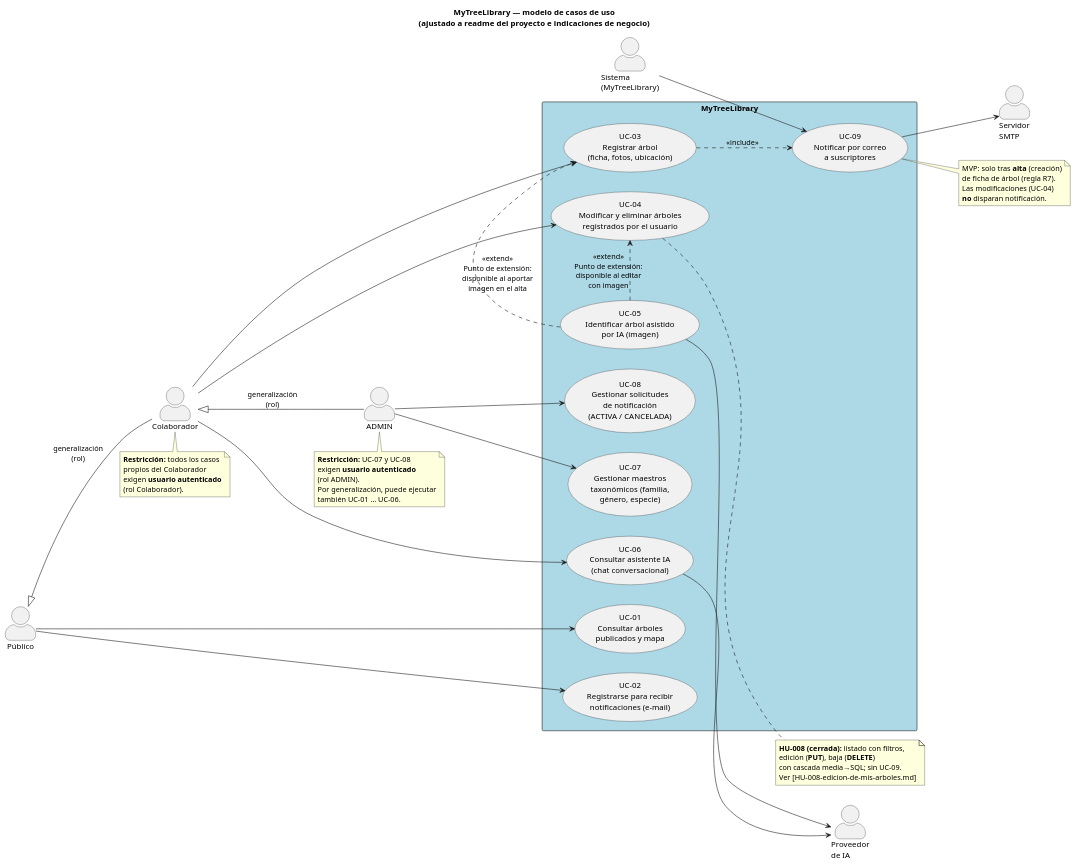
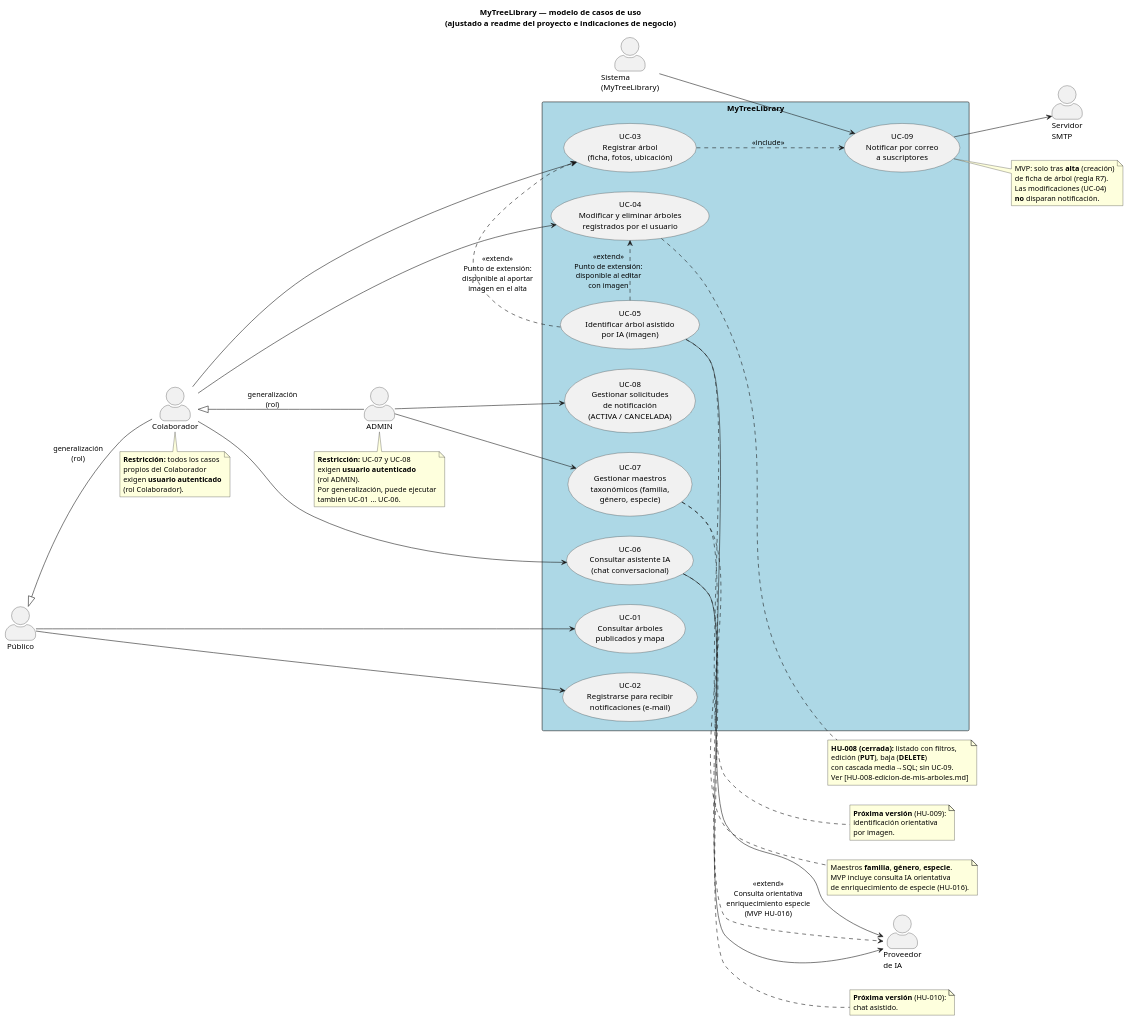
The diagram in docs/use-cases/use-case-model.puml (ldefrutos1/AI4Devs-finalproject), drawn with PlantUML before and after one commit. The commit also changed 5 other files, not shown here.

```diff
--- a/docs/use-cases/use-case-model.puml
+++ b/docs/use-cases/use-case-model.puml
@@ -1,88 +1,107 @@
 @startuml modelo_casos_uso_mtl
 title MyTreeLibrary — modelo de casos de uso\n(ajustado a readme del proyecto e indicaciones de negocio)
 
 skinparam packageStyle rectangle
 skinparam actorStyle awesome
 left to right direction
 
 actor "Público" as Publico
 actor "Colaborador" as Colaborador
 actor "ADMIN" as Admin
 actor "Sistema\n(MyTreeLibrary)" as Sistema
 actor "Proveedor\nde IA" as ProvIA
 actor "Servidor\nSMTP" as SMTP
 
 Publico <|-- Colaborador : generalización\n(rol)
 Colaborador <|-- Admin : generalización\n(rol)
 
 rectangle "MyTreeLibrary" #LightBlue {
   usecase "UC-01\nConsultar árboles\npublicados y mapa" as UC1
   usecase "UC-02\nRegistrarse para recibir\nnotificaciones (e-mail)" as UC2
 
   usecase "UC-03\nRegistrar árbol\n(ficha, fotos, ubicación)" as UC3
   usecase "UC-04\nModificar y eliminar árboles\nregistrados por el usuario" as UC4
   usecase "UC-05\nIdentificar árbol asistido\npor IA (imagen)" as UC5
 
   usecase "UC-06\nConsultar asistente IA\n(chat conversacional)" as UC6
 
   usecase "UC-07\nGestionar maestros\ntaxonómicos (familia,\ngénero, especie)" as UC7
   usecase "UC-08\nGestionar solicitudes\nde notificación\n(ACTIVA / CANCELADA)" as UC8
 
   usecase "UC-09\nNotificar por correo\na suscriptores" as UC9
 }
 
 ' --- Público (sin autenticación) ---
 Publico --> UC1
 Publico --> UC2
 
 ' --- Colaborador (requiere autenticación; hereda Público) ---
 Colaborador --> UC3
 Colaborador --> UC4
 Colaborador --> UC6
 
 UC5 .> UC3 : <<extend>>\nPunto de extensión:\ndisponible al aportar\nimagen en el alta
 UC5 .> UC4 : <<extend>>\nPunto de extensión:\ndisponible al editar\ncon imagen
 
 note right of UC4
   **HU-008 (cerrada):** listado con filtros,
   edición (**PUT**), baja (**DELETE**)
   con cascada media→SQL; sin UC-09.
   Ver [HU-008-edicion-de-mis-arboles.md]
 end note
 
 ' --- ADMIN (requiere autenticación; hereda Colaborador) ---
 Admin --> UC7
 Admin --> UC8
 
+UC7 ..> ProvIA : <<extend>>\nConsulta orientativa\nenriquecimiento especie\n(MVP HU-016)
+
+note right of UC7
+  Maestros **familia**, **género**, **especie**.
+  MVP incluye consulta IA orientativa
+  de enriquecimiento de especie (HU-016).
+end note
+
 note bottom of Colaborador
   **Restricción:** todos los casos
   propios del Colaborador
   exigen **usuario autenticado**
   (rol Colaborador).
 end note
 
 note bottom of Admin
   **Restricción:** UC-07 y UC-08
   exigen **usuario autenticado**
   (rol ADMIN).
   Por generalización, puede ejecutar
   también UC-01 … UC-06.
 end note
 
 ' --- Notificaciones automáticas (sistema) ---
 Sistema --> UC9
 UC3 ..> UC9 : <<include>>
 
 note right of UC9
   MVP: solo tras **alta** (creación)
   de ficha de árbol (regla R7).
   Las modificaciones (UC-04)
   **no** disparan notificación.
 end note
 
 UC9 --> SMTP
 
 UC5 --> ProvIA
 UC6 --> ProvIA
 
+note right of UC5
+  **Próxima versión** (HU-009):
+  identificación orientativa
+  por imagen.
+end note
+
+note right of UC6
+  **Próxima versión** (HU-010):
+  chat asistido.
+end note
+
 @enduml
```
